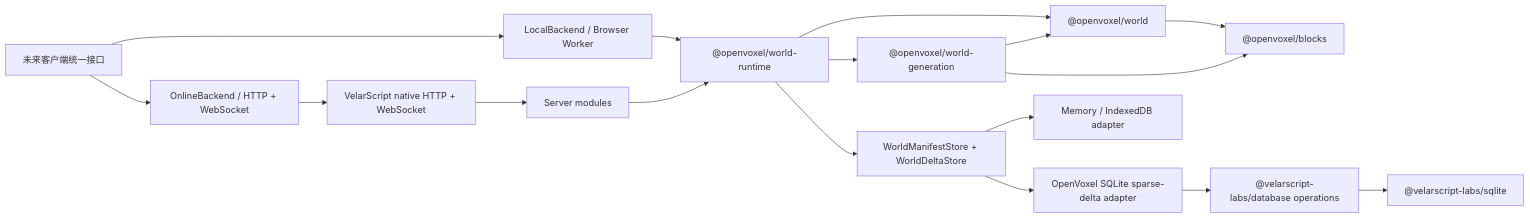
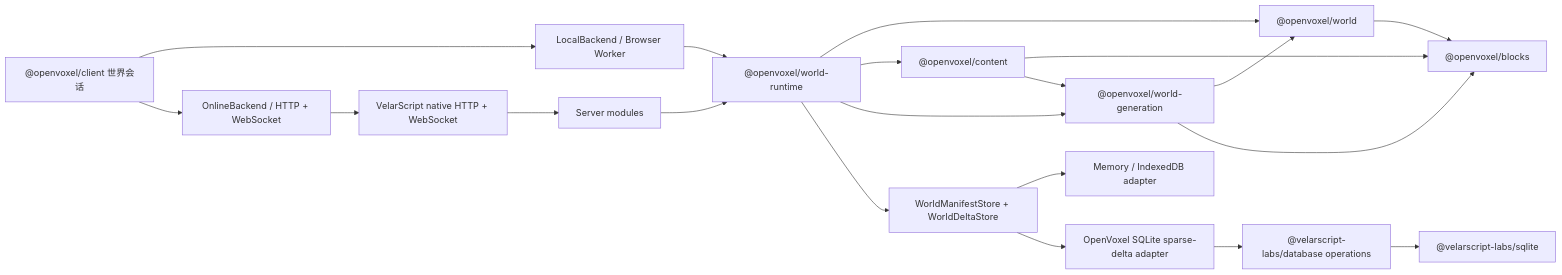
One commit to VelarOS-AI/openvoxel changed the diagram in README.md. Above: the diagram before and after it, drawn with Mermaid. The commit also changed other lines of this file and 110 other files, not shown here.

````diff
--- a/README.md
+++ b/README.md
@@ -43,19 +53,22 @@
 ```mermaid
 flowchart LR
-    C["未来客户端统一接口"] --> L["LocalBackend / Browser Worker"]
+    C["@openvoxel/client 世界会话"] --> L["LocalBackend / Browser Worker"]
     C --> O["OnlineBackend / HTTP + WebSocket"]
     L --> R["@openvoxel/world-runtime"]
     O --> N["VelarScript native HTTP + WebSocket"]
     N --> M["Server modules"]
     M --> R
     R --> W["@openvoxel/world"]
+    R --> K["@openvoxel/content"]
+    K --> B
+    K --> G
     R --> G["@openvoxel/world-generation"]
     G --> W
     W --> B["@openvoxel/blocks"]
     G --> B
     R --> P["WorldManifestStore + WorldDeltaStore"]
     P --> I["Memory / IndexedDB adapter"]
     P --> Q["OpenVoxel SQLite sparse-delta adapter"]
     Q --> A["@velarscript-labs/database operations"]
     A --> S["@velarscript-labs/sqlite"]
 ```
````
